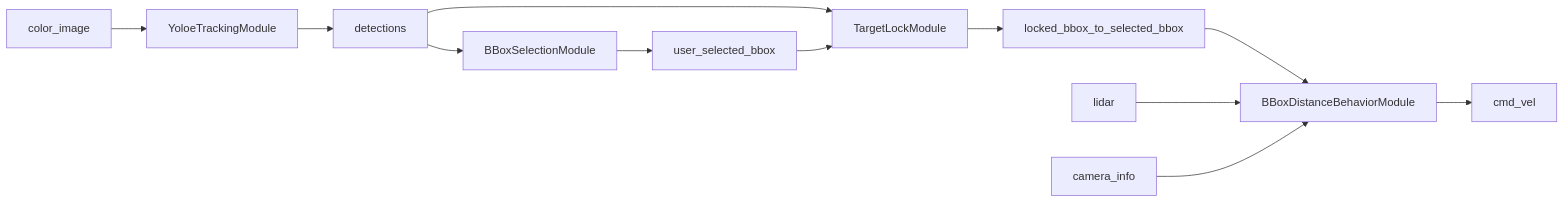
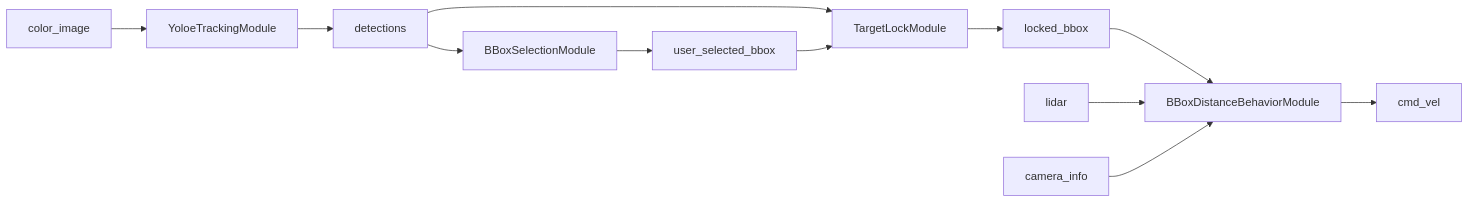
Before and after one commit to dimensionalOS/dimos: the second of 3 diagrams in dimos/robot/custom/README.md, drawn with Mermaid. The commit also changed other lines of this file and 7 other files, not shown here.

````diff
--- a/dimos/robot/custom/README.md
+++ b/dimos/robot/custom/README.md
@@ -101,14 +86,14 @@
 ```mermaid
 flowchart LR
     C[color_image] --> Y[YoloeTrackingModule]
     Y --> D[detections]
     D --> S[BBoxSelectionModule]
     S --> USB[user_selected_bbox]
     D --> T[TargetLockModule]
     USB --> T
-    T --> LB[locked_bbox_to_selected_bbox]
+    T --> LB[locked_bbox]
     LB --> B[BBoxDistanceBehaviorModule]
     L[lidar] --> B
     I[camera_info] --> B
     B --> V[cmd_vel]
 ```
````
